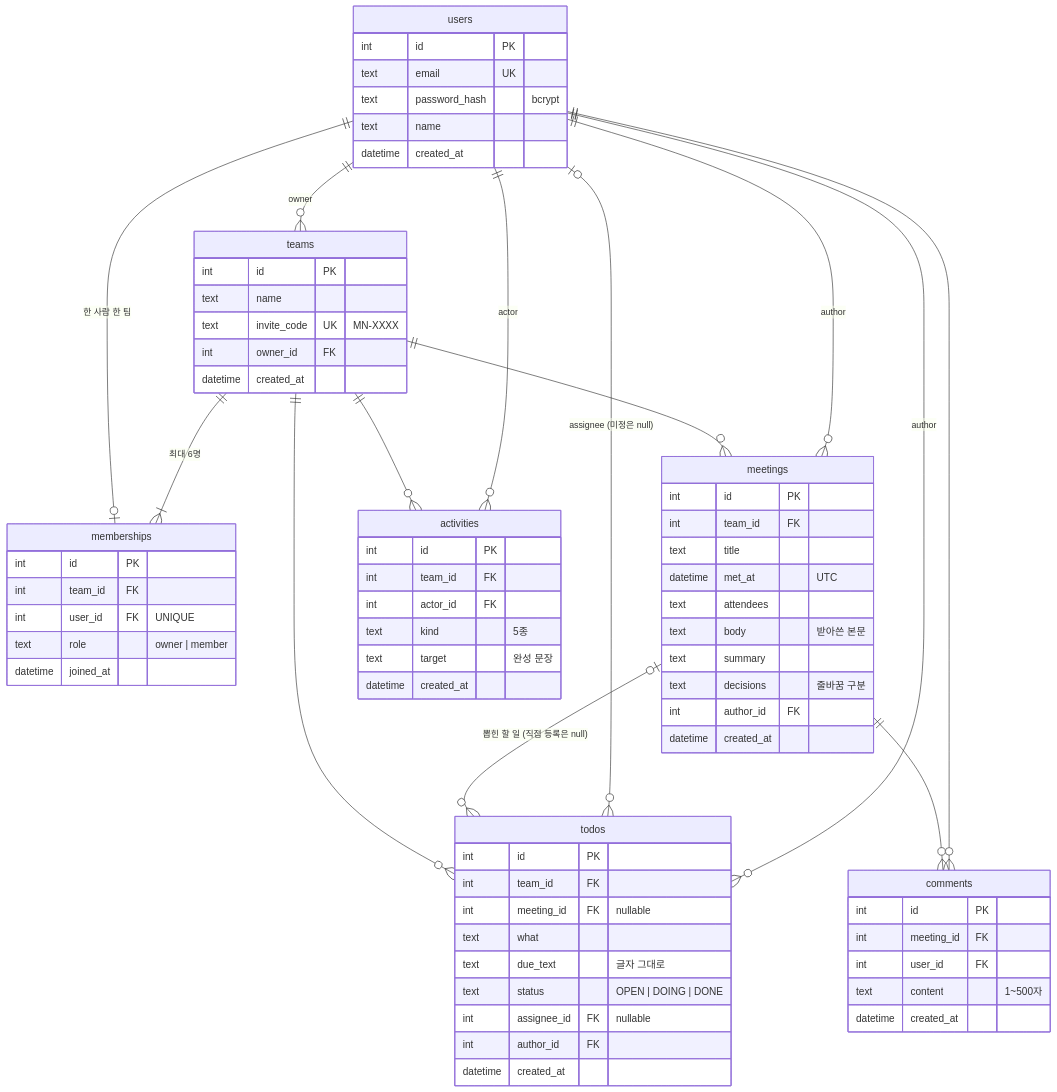
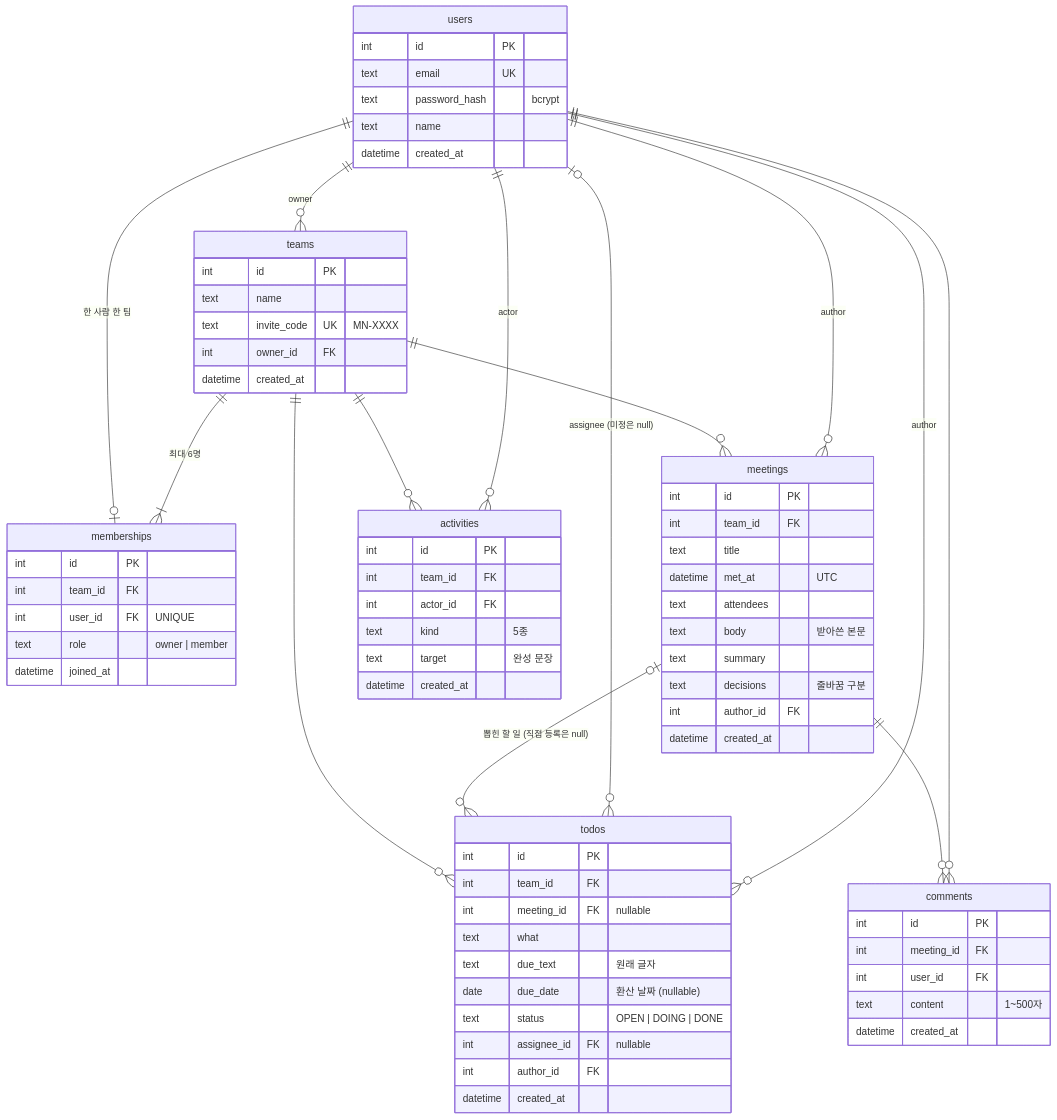
Before and after one commit to BulNim/meetingnote-pro: the fifth of 10 diagrams in README.md, drawn with Mermaid. The commit also changed other lines of this file and 8 other files, not shown here.

````diff
--- a/README.md
+++ b/README.md
@@ -257,76 +259,77 @@
 ```mermaid
 erDiagram
     users ||--o| memberships : "한 사람 한 팀"
     teams ||--|{ memberships : "최대 6명"
     users ||--o{ teams : "owner"
     teams ||--o{ meetings : ""
     users ||--o{ meetings : "author"
     teams ||--o{ todos : ""
     meetings |o--o{ todos : "뽑힌 할 일 (직접 등록은 null)"
     users |o--o{ todos : "assignee (미정은 null)"
     users ||--o{ todos : "author"
     meetings ||--o{ comments : ""
     users ||--o{ comments : ""
     teams ||--o{ activities : ""
     users ||--o{ activities : "actor"
 
     users {
         int id PK
         text email UK
         text password_hash "bcrypt"
         text name
         datetime created_at
     }
     teams {
         int id PK
         text name
         text invite_code UK "MN-XXXX"
         int owner_id FK
         datetime created_at
     }
     memberships {
         int id PK
         int team_id FK
         int user_id FK "UNIQUE"
         text role "owner | member"
         datetime joined_at
     }
     meetings {
         int id PK
         int team_id FK
         text title
         datetime met_at "UTC"
         text attendees
         text body "받아쓴 본문"
         text summary
         text decisions "줄바꿈 구분"
         int author_id FK
         datetime created_at
     }
     todos {
         int id PK
         int team_id FK
         int meeting_id FK "nullable"
         text what
-        text due_text "글자 그대로"
+        text due_text "원래 글자"
+        date due_date "환산 날짜 (nullable)"
         text status "OPEN | DOING | DONE"
         int assignee_id FK "nullable"
         int author_id FK
         datetime created_at
     }
     comments {
         int id PK
         int meeting_id FK
         int user_id FK
         text content "1~500자"
         datetime created_at
     }
     activities {
         int id PK
         int team_id FK
         int actor_id FK
         text kind "5종"
         text target "완성 문장"
         datetime created_at
     }
 ```
````
